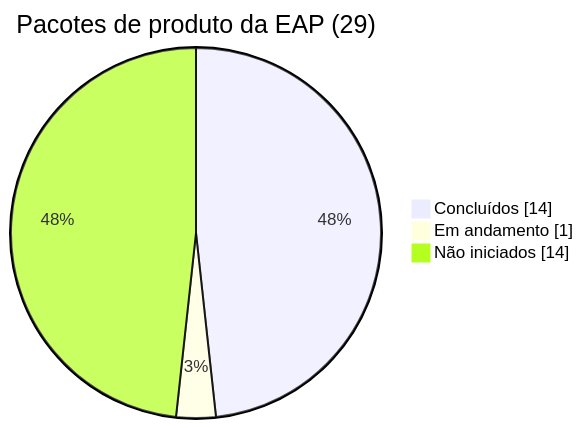
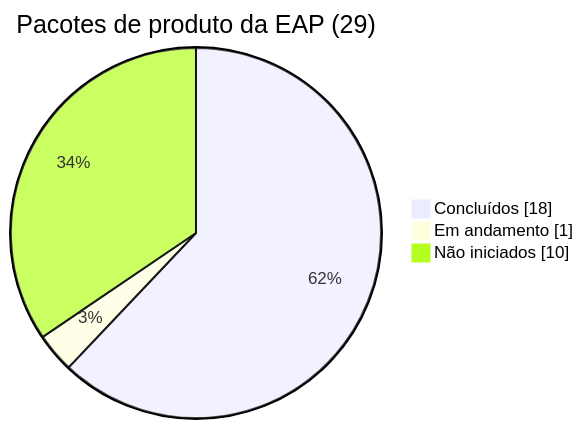
One commit to LuizMottaX/Gerencia-de-Projetos changed the diagram in docs/gerenciamento/04-Monitoramento-e-Controle/Monitorar-e-Controlar-o-Trabalho.md. Above: the diagram before and after it, drawn with Mermaid. The commit also changed other lines of this file and 25 other files, not shown here.

````diff
--- a/docs/gerenciamento/04-Monitoramento-e-Controle/Monitorar-e-Controlar-o-Trabalho.md
+++ b/docs/gerenciamento/04-Monitoramento-e-Controle/Monitorar-e-Controlar-o-Trabalho.md
@@ -35,6 +35,6 @@
 ```mermaid
 pie showData title Pacotes de produto da EAP (29)
-    "Concluídos" : 14
+    "Concluídos" : 18
     "Em andamento" : 1
-    "Não iniciados" : 14
+    "Não iniciados" : 10
 ```
````
